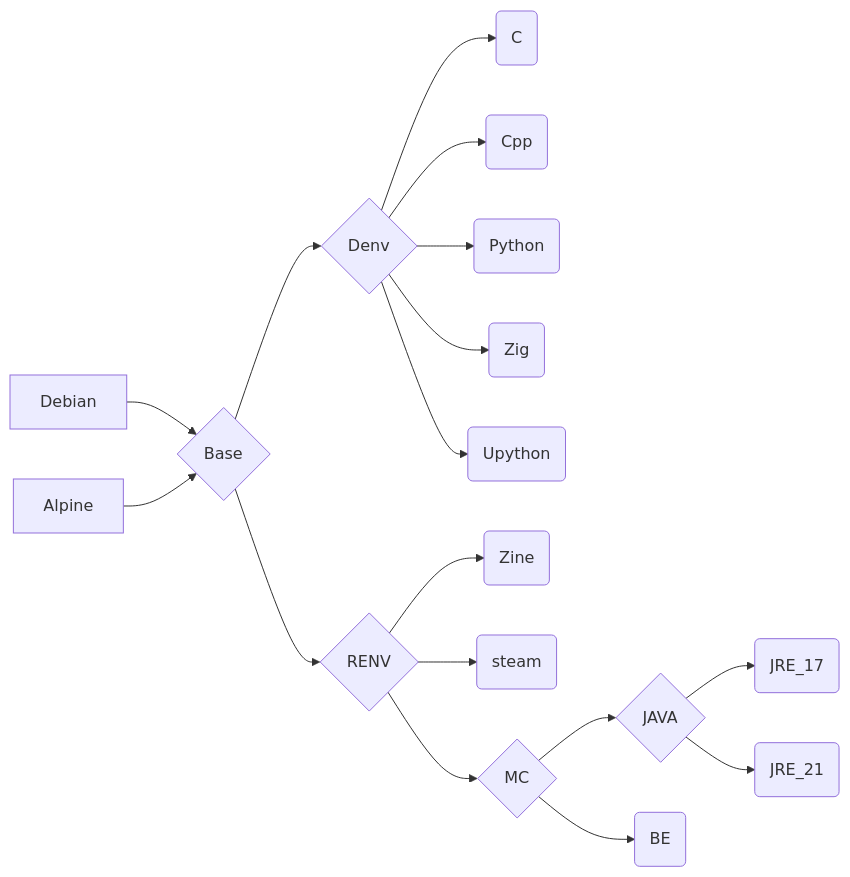
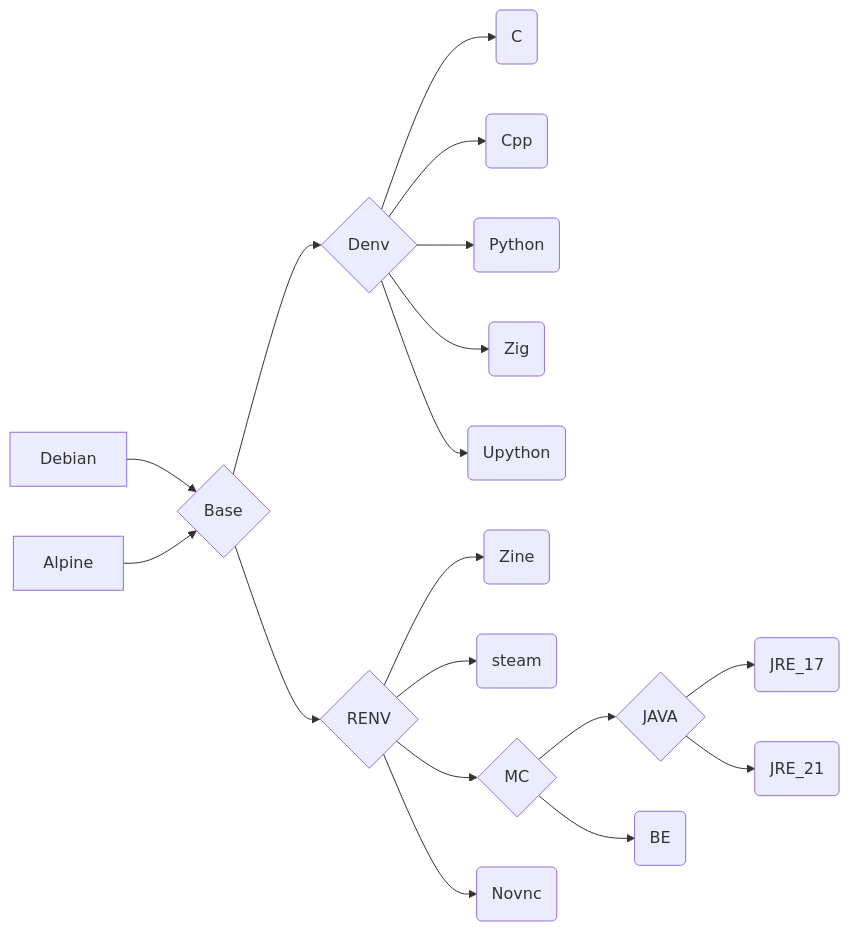
One commit to eoeair/cenv changed the diagram in README.md. Above: the diagram before and after it, drawn with Mermaid. The commit also changed 4 other files, not shown here.

````diff
--- a/README.md
+++ b/README.md
@@ -26,21 +26,22 @@
 ```mermaid
 graph LR
 Debian-->B{Base}
 Alpine-->B
 
 B-->D{Denv}
 D-->DA(C)
 D-->DB(Cpp)
 D-->DC(Python)
 D-->DD(Zig)
 D-->DE(Upython)
 
 B-->R{RENV}
 R-->RA(Zine)
 R-->RB(steam)
 R-->RC{MC}
 RC-->RCA{JAVA}
 RC-->RCB(BE)
 RCA-->RCAA(JRE_17)
 RCA-->RCAB(JRE_21)
+R-->RD(Novnc)
 ```
````
